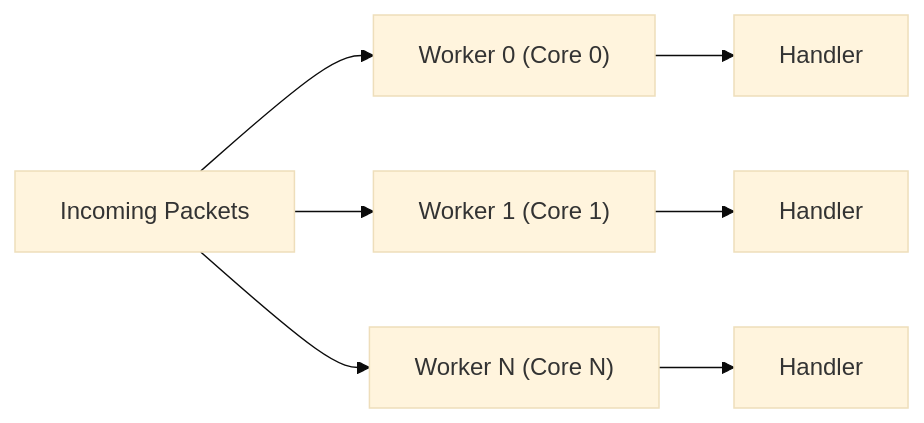
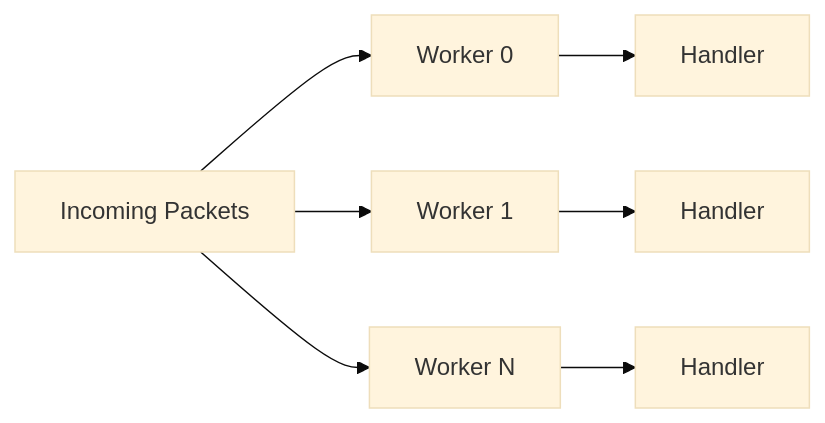
The diagram in docs/concepts/internals/performance-optimizations.md (ppn-systems/Nalix), drawn with Mermaid (base theme) before and after one commit. The commit also changed other lines of this file and 105 other files, not shown here.

````diff
--- a/docs/concepts/internals/performance-optimizations.md
+++ b/docs/concepts/internals/performance-optimizations.md
@@ -40,9 +40,9 @@
 ```mermaid
 graph LR
-    Incoming["Incoming Packets"] --> Shard0["Worker 0 (Core 0)"]
-    Incoming --> Shard1["Worker 1 (Core 1)"]
-    Incoming --> ShardN["Worker N (Core N)"]
+    Incoming["Incoming Packets"] --> Shard0["Worker 0"]
+    Incoming --> Shard1["Worker 1"]
+    Incoming --> ShardN["Worker N"]
     Shard0 --> Handler0["Handler"]
     Shard1 --> Handler1["Handler"]
     ShardN --> HandlerN["Handler"]
 ```
````
